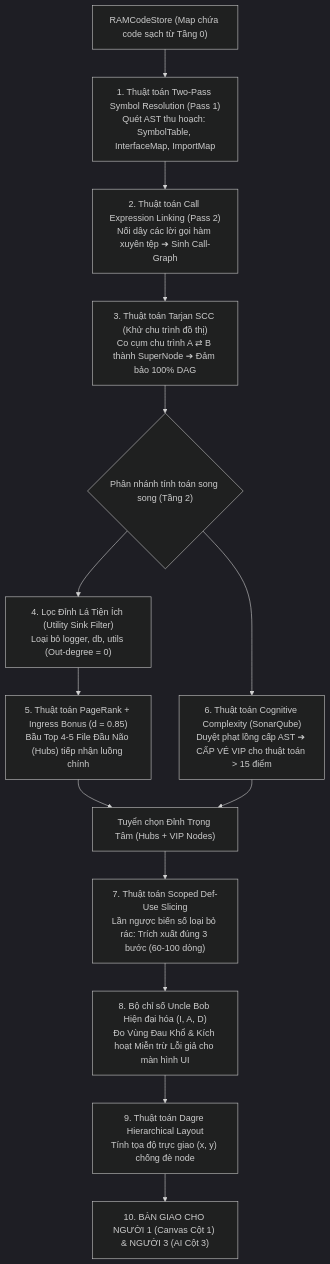
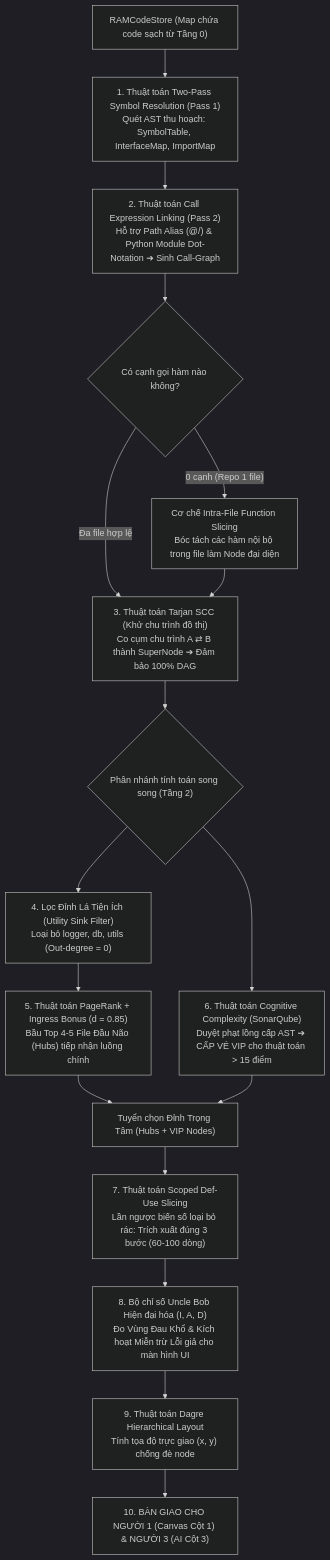
One commit to huynhthanhnhannnh-pixel/Hackathon_SGU changed the diagram in 01_ENGINE_THUAT_TOAN/02_AST_SLICING_GRAPH.md. Above: the diagram before and after it, drawn with Mermaid (dark theme). The commit also changed other lines of this file and 1 other file, not shown here.

````diff
--- a/01_ENGINE_THUAT_TOAN/02_AST_SLICING_GRAPH.md
+++ b/01_ENGINE_THUAT_TOAN/02_AST_SLICING_GRAPH.md
@@ -24,28 +24,32 @@
 ```mermaid
 flowchart TD
     StoreRAM["RAMCodeStore (Map chứa code sạch từ Tầng 0)"] --> Pass1["1. Thuật toán Two-Pass Symbol Resolution (Pass 1)<br/>Quét AST thu hoạch: SymbolTable, InterfaceMap, ImportMap"]
     
-    Pass1 --> Pass2["2. Thuật toán Call Expression Linking (Pass 2)<br/>Nối dây các lời gọi hàm xuyên tệp ➔ Sinh Call-Graph"]
+    Pass1 --> Pass2["2. Thuật toán Call Expression Linking (Pass 2)<br/>Hỗ trợ Path Alias (@/) & Python Module Dot-Notation ➔ Sinh Call-Graph"]
 
-    Pass2 --> AlgTarjan["3. Thuật toán Tarjan SCC (Khử chu trình đồ thị)<br/>Co cụm chu trình A ⇄ B thành SuperNode ➔ Đảm bảo 100% DAG"]
+    Pass2 --> CheckEdges{"Có cạnh gọi hàm nào không?"}
+    CheckEdges -- "0 cạnh (Repo 1 file)" --> IntraFallback["Cơ chế Intra-File Function Slicing<br/>Bóc tách các hàm nội bộ trong file làm Node đại diện"]
+    CheckEdges -- "Đa file hợp lệ" --> AlgTarjan["3. Thuật toán Tarjan SCC (Khử chu trình đồ thị)<br/>Co cụm chu trình A ⇄ B thành SuperNode ➔ Đảm bảo 100% DAG"]
+
+    IntraFallback --> AlgTarjan
 
     AlgTarjan --> BranchT2{"Phân nhánh tính toán song song (Tầng 2)"}
 
     %% Nhánh PageRank
     BranchT2 --> AlgSinkFilter["4. Lọc Đỉnh Lá Tiện Ích (Utility Sink Filter)<br/>Loại bỏ logger, db, utils (Out-degree = 0)"]
     AlgSinkFilter --> AlgPageRank["5. Thuật toán PageRank + Ingress Bonus (d = 0.85)<br/>Bầu Top 4-5 File Đầu Não (Hubs) tiếp nhận luồng chính"]
 
     %% Nhánh Cognitive Complexity
     BranchT2 --> AlgCognitive["6. Thuật toán Cognitive Complexity (SonarQube)<br/>Duyệt phạt lồng cấp AST ➔ CẤP VÉ VIP cho thuật toán > 15 điểm"]
 
     AlgPageRank --> MergeSelection["Tuyển chọn Đỉnh Trọng Tâm (Hubs + VIP Nodes)"]
     AlgCognitive --> MergeSelection
 
     MergeSelection --> AlgSlicing["7. Thuật toán Scoped Def-Use Slicing<br/>Lần ngược biến số loại bỏ rác: Trích xuất đúng 3 bước (60-100 dòng)"]
 
     AlgSlicing --> AlgUncleBob["8. Bộ chỉ số Uncle Bob Hiện đại hóa (I, A, D)<br/>Đo Vùng Đau Khổ & Kích hoạt Miễn trừ Lỗi giả cho màn hình UI"]
 
     AlgUncleBob --> AlgDagre["9. Thuật toán Dagre Hierarchical Layout<br/>Tính tọa độ trực giao (x, y) chống đè node"]
 
     AlgDagre --> RenderOutput["10. BÀN GIAO CHO NGƯỜI 1 (Canvas Cột 1) & NGƯỜI 3 (AI Cột 3)"]
 ```
````
